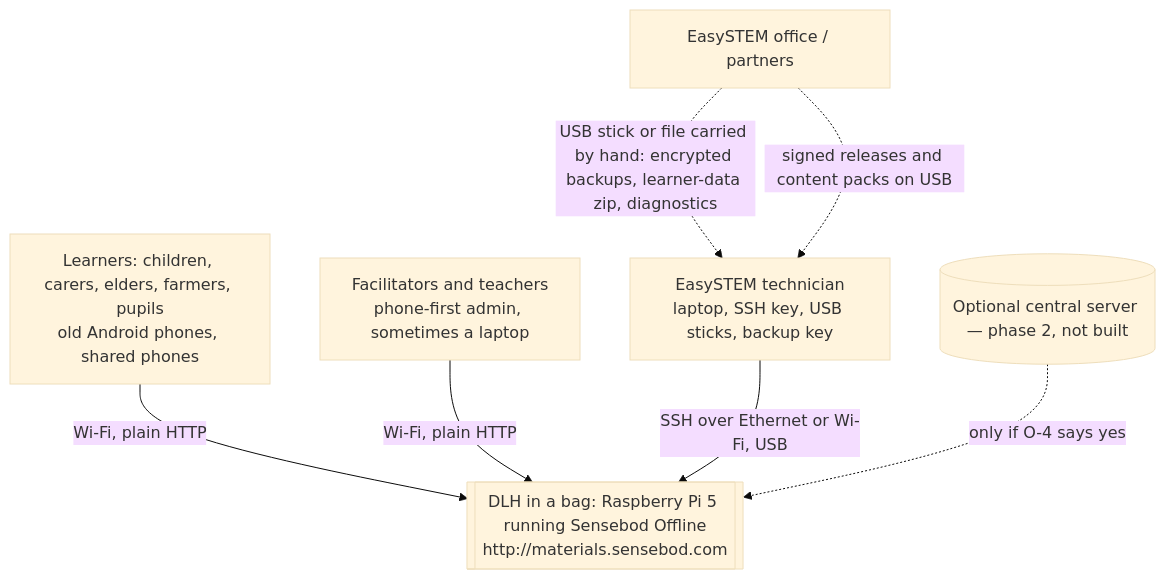
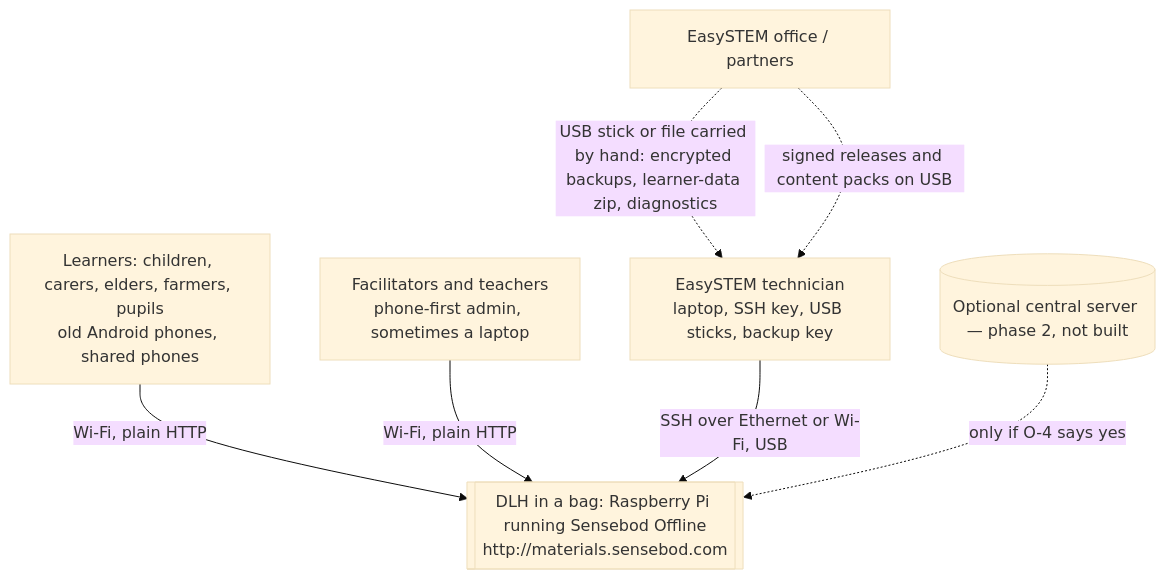
The first of 9 diagrams in docs/system/SYSTEM-ARCHITECTURE.md (casualhuman/sensebod-offline), drawn with Mermaid (base theme) before and after one commit. The commit also changed other lines of this file and 128 other files, not shown here.

````diff
--- a/docs/system/SYSTEM-ARCHITECTURE.md
+++ b/docs/system/SYSTEM-ARCHITECTURE.md
@@ -115,10 +114,10 @@
 ```mermaid
 flowchart TB
   L[Learners: children, carers, elders, farmers, pupils<br/>old Android phones, shared phones] -->|Wi-Fi, plain HTTP| BAG
   F[Facilitators and teachers<br/>phone-first admin, sometimes a laptop] -->|Wi-Fi, plain HTTP| BAG
-  BAG[["DLH in a bag: Raspberry Pi 5 running Sensebod Offline<br/>http://materials.sensebod.com"]]
+  BAG[["DLH in a bag: Raspberry Pi running Sensebod Offline<br/>http://materials.sensebod.com"]]
   T[EasySTEM technician<br/>laptop, SSH key, USB sticks, backup key] -->|SSH over Ethernet or Wi-Fi, USB| BAG
   E[EasySTEM office / partners] -.->|USB stick or file carried by hand: encrypted backups, learner-data zip, diagnostics| T
   E -.->|signed releases and content packs on USB| T
   C[(Optional central server — phase 2, not built)] -.->|only if O-4 says yes| BAG
 ```
````
